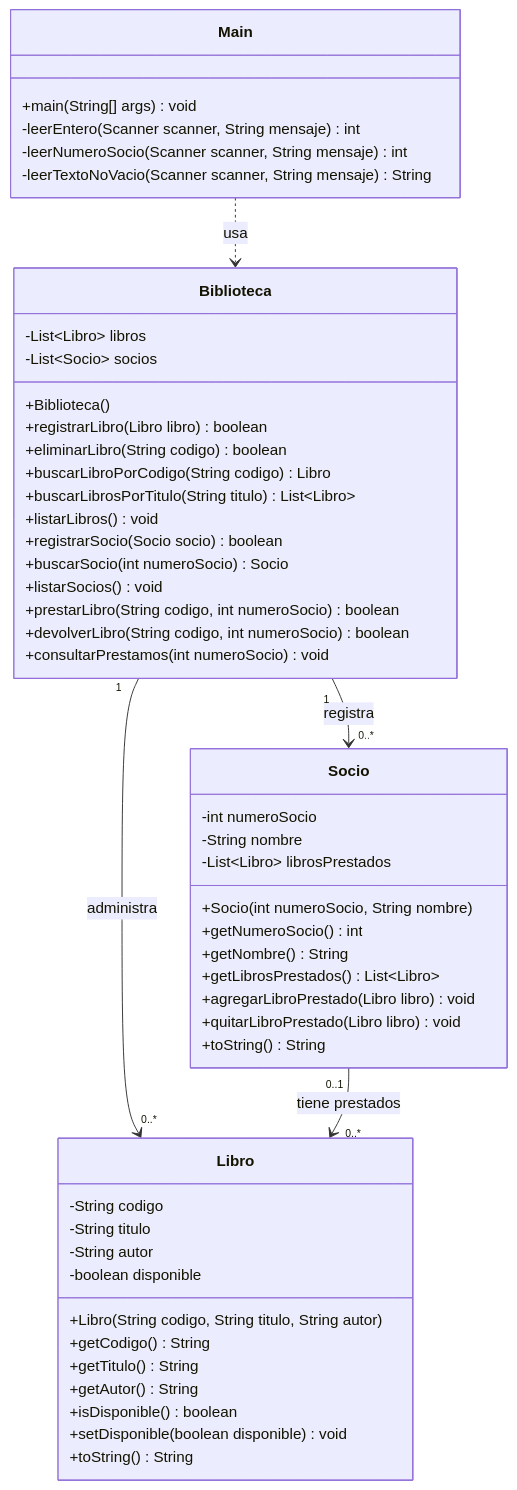
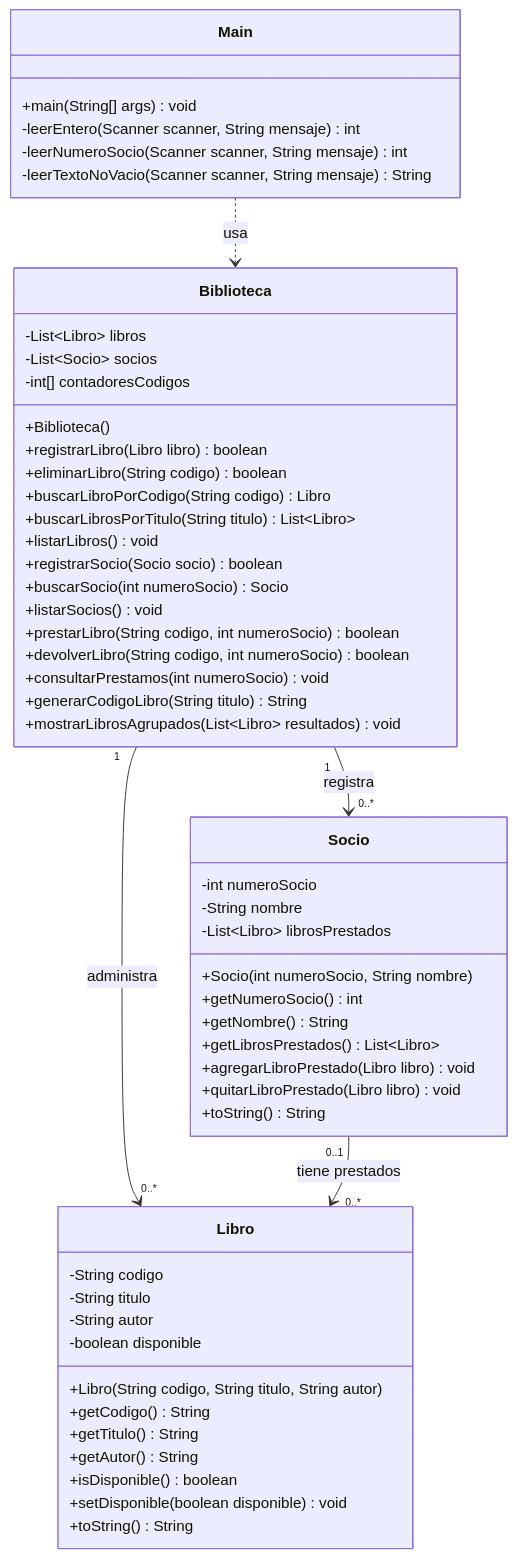
The diagram in docs/diseño.md (lorenzoolguinsd-hash/grupo10-biblioteca-barrial), drawn with Mermaid before and after one commit. The commit also changed other lines of this file, not shown here.

````diff
--- a/docs/diseño.md
+++ b/docs/diseño.md
@@ -269,58 +278,61 @@
 ```mermaid
 classDiagram
     class Main {
         +main(String[] args) void
         -leerEntero(Scanner scanner, String mensaje) int
         -leerNumeroSocio(Scanner scanner, String mensaje) int
         -leerTextoNoVacio(Scanner scanner, String mensaje) String
     }
 
     class Biblioteca {
         -List~Libro~ libros
         -List~Socio~ socios
+        -int[] contadoresCodigos
         +Biblioteca()
         +registrarLibro(Libro libro) boolean
         +eliminarLibro(String codigo) boolean
         +buscarLibroPorCodigo(String codigo) Libro
         +buscarLibrosPorTitulo(String titulo) List~Libro~
         +listarLibros() void
         +registrarSocio(Socio socio) boolean
         +buscarSocio(int numeroSocio) Socio
         +listarSocios() void
         +prestarLibro(String codigo, int numeroSocio) boolean
         +devolverLibro(String codigo, int numeroSocio) boolean
         +consultarPrestamos(int numeroSocio) void
+        +generarCodigoLibro(String titulo) String
+        +mostrarLibrosAgrupados(List~Libro~ resultados) void
     }
 
     class Libro {
         -String codigo
         -String titulo
         -String autor
         -boolean disponible
         +Libro(String codigo, String titulo, String autor)
         +getCodigo() String
         +getTitulo() String
         +getAutor() String
         +isDisponible() boolean
         +setDisponible(boolean disponible) void
         +toString() String
     }
 
     class Socio {
         -int numeroSocio
         -String nombre
         -List~Libro~ librosPrestados
         +Socio(int numeroSocio, String nombre)
         +getNumeroSocio() int
         +getNombre() String
         +getLibrosPrestados() List~Libro~
         +agregarLibroPrestado(Libro libro) void
         +quitarLibroPrestado(Libro libro) void
         +toString() String
     }
 
     Main ..> Biblioteca : usa
     Biblioteca "1" --> "0..*" Libro : administra
     Biblioteca "1" --> "0..*" Socio : registra
     Socio "0..1" --> "0..*" Libro : tiene prestados
 ```
````
